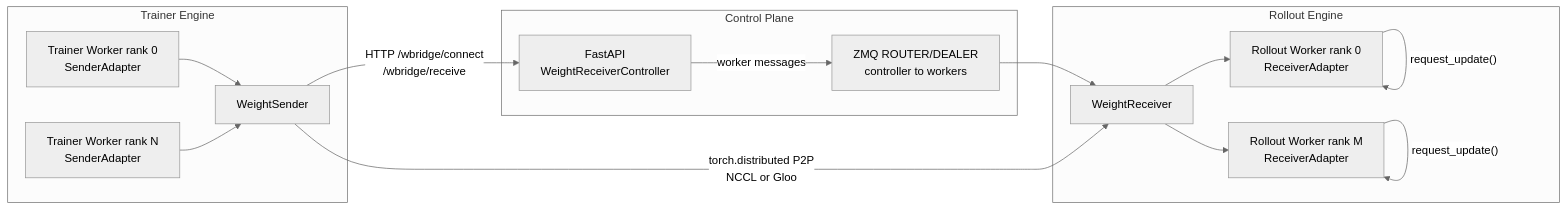
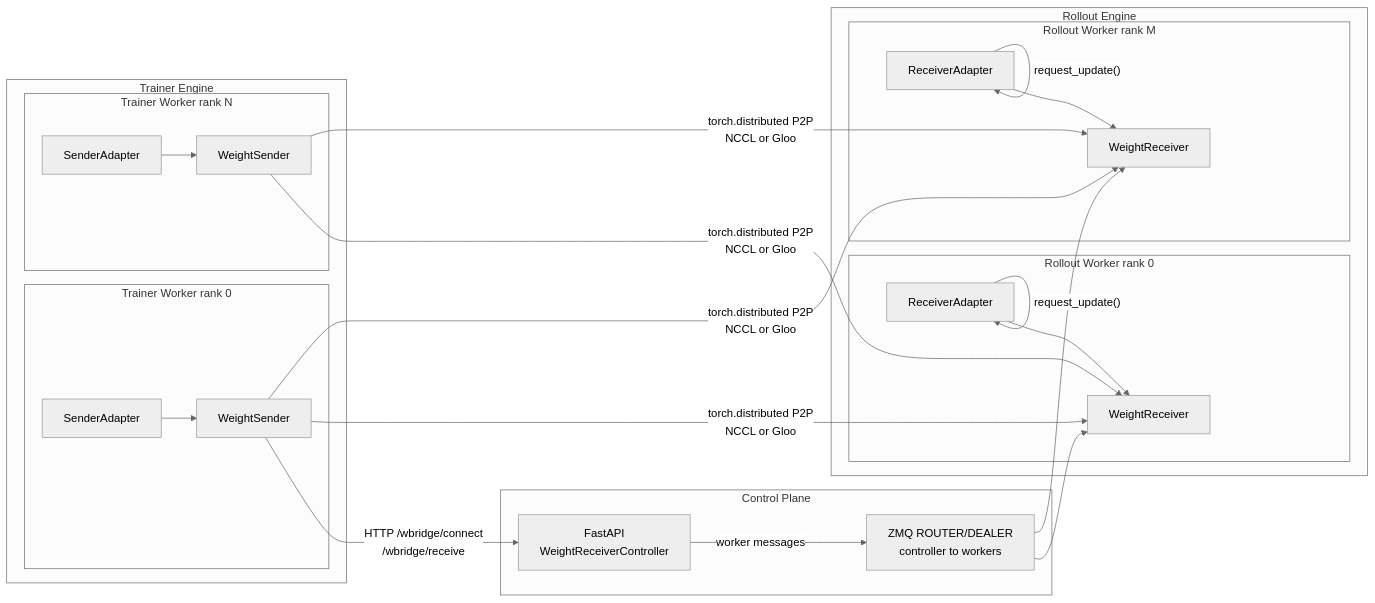
The diagram in docs/architecture.md (SwiftSeal03/weightbridge), drawn with Mermaid (neutral theme) before and after one commit.

Commit message:
Clarify architecture diagram ownership

````diff
--- a/docs/architecture.md
+++ b/docs/architecture.md
@@ -9,30 +9,46 @@
 ```mermaid
 flowchart LR
     subgraph TrainerEngine["Trainer Engine"]
-        T0["Trainer Worker rank 0<br/>SenderAdapter"]
-        T1["Trainer Worker rank N<br/>SenderAdapter"]
-        WS["WeightSender"]
+        subgraph TW0["Trainer Worker rank 0"]
+            T0["SenderAdapter"]
+            WS0["WeightSender"]
+            T0 --> WS0
+        end
+
+        subgraph TWN["Trainer Worker rank N"]
+            TN["SenderAdapter"]
+            WSN["WeightSender"]
+            TN --> WSN
+        end
     end
 
     subgraph ControlPlane["Control Plane"]
         HTTP["FastAPI<br/>WeightReceiverController"]
         ZMQ["ZMQ ROUTER/DEALER<br/>controller to workers"]
     end
 
     subgraph RolloutEngine["Rollout Engine"]
-        R0["Rollout Worker rank 0<br/>ReceiverAdapter"]
-        R1["Rollout Worker rank M<br/>ReceiverAdapter"]
-        WR["WeightReceiver"]
+        subgraph RW0["Rollout Worker rank 0"]
+            R0["ReceiverAdapter"]
+            WR0["WeightReceiver"]
+            R0 --> WR0
+        end
+
+        subgraph RWM["Rollout Worker rank M"]
+            RM["ReceiverAdapter"]
+            WRM["WeightReceiver"]
+            RM --> WRM
+        end
     end
 
-    T0 --> WS
-    T1 --> WS
-    WS -- "HTTP /wbridge/connect<br/>/wbridge/receive" --> HTTP
+    WS0 -- "HTTP /wbridge/connect<br/>/wbridge/receive" --> HTTP
     HTTP -- "worker messages" --> ZMQ
-    ZMQ --> WR
-    WR --> R0
-    WR --> R1
-    WS -- "torch.distributed P2P<br/>NCCL or Gloo" --> WR
+    ZMQ --> WR0
+    ZMQ --> WRM
+    WS0 -- "torch.distributed P2P<br/>NCCL or Gloo" --> WR0
+    WS0 -- "torch.distributed P2P<br/>NCCL or Gloo" --> WRM
+    WSN -- "torch.distributed P2P<br/>NCCL or Gloo" --> WR0
+    WSN -- "torch.distributed P2P<br/>NCCL or Gloo" --> WRM
     R0 -- "request_update()" --> R0
-    R1 -- "request_update()" --> R1
+    RM -- "request_update()" --> RM
 ```
````
